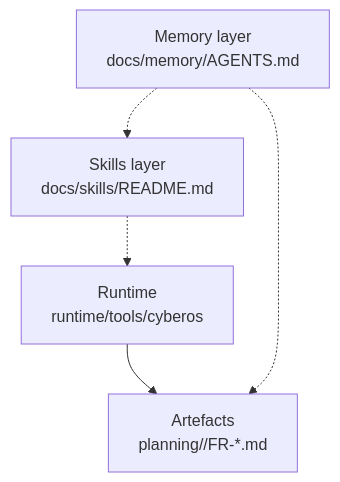
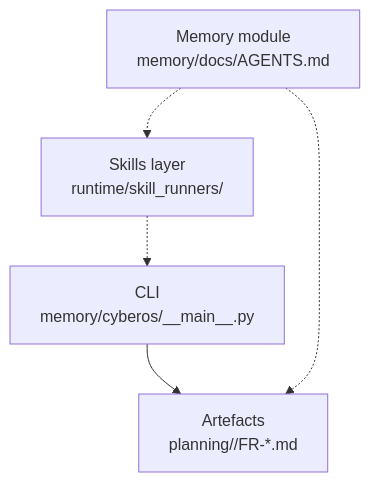
Before and after one commit to cyberskill-official/cyberos: the diagram in README.md, drawn with Mermaid. The commit also changed other lines of this file and 22 other files, not shown here.

````diff
--- a/README.md
+++ b/README.md
@@ -50,7 +40,7 @@
 ```mermaid
 flowchart TD
-    A[Memory layer<br/>docs/memory/AGENTS.md] -.-> B[Skills layer<br/>docs/skills/README.md]
-    B -.-> C[Runtime<br/>runtime/tools/cyberos]
+    A[Memory module<br/>memory/docs/AGENTS.md] -.-> B[Skills layer<br/>runtime/skill_runners/]
+    B -.-> C[CLI<br/>memory/cyberos/__main__.py]
     C --> D[Artefacts<br/>planning/<project>/FR-*.md]
     A -.-> D
 ```
````
